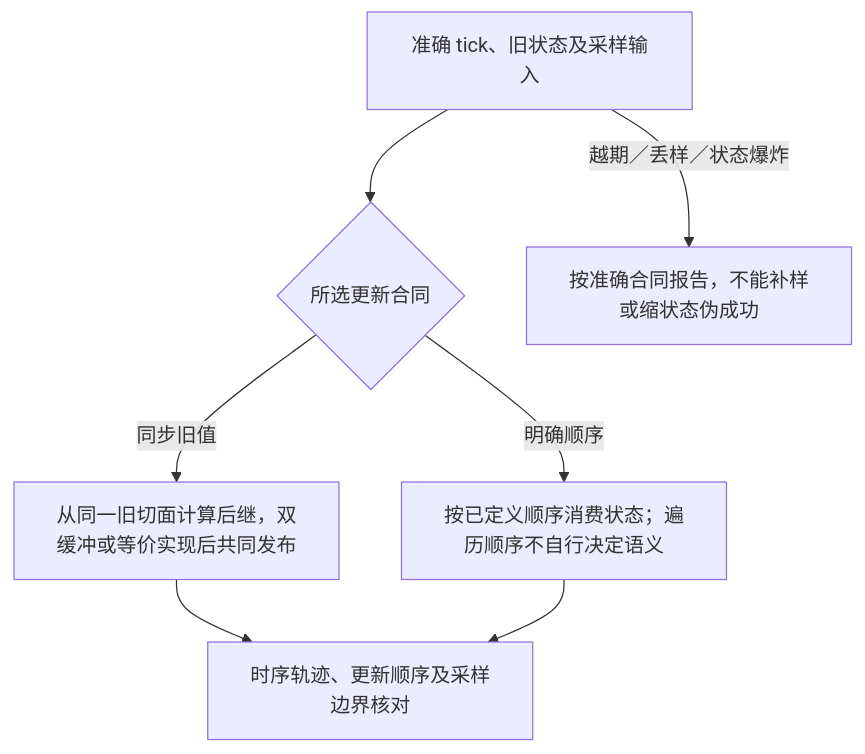
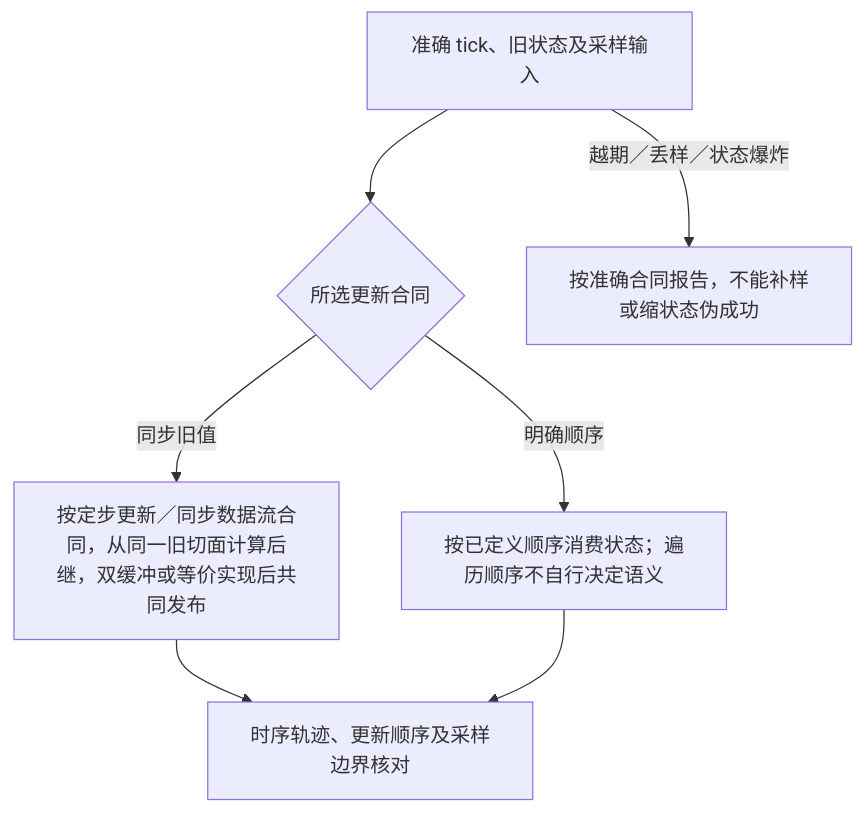
Before and after one commit to sec-platform/sec: diagram 11 of 26 in docs/领域/仿真/模型族与适用边界.md, drawn with Mermaid. The commit also changed other lines of this file and 122 other files, not shown here.

First line of the commit message:
docs: unify system diagrams and remove redundant design text (#882)

````diff
--- a/docs/领域/仿真/模型族与适用边界.md
+++ b/docs/领域/仿真/模型族与适用边界.md
@@ -211,9 +130,9 @@
 ```mermaid
 flowchart TB
   tick["准确 tick、旧状态及采样输入"] --> mode{"所选更新合同"}
-  mode -->|同步旧值| next["从同一旧切面计算后继，双缓冲或等价实现后共同发布"]
+  mode -->|同步旧值| next["按定步更新／同步数据流合同，从同一旧切面计算后继，双缓冲或等价实现后共同发布"]
   mode -->|明确顺序| ordered["按已定义顺序消费状态；遍历顺序不自行决定语义"]
   next --> verify["时序轨迹、更新顺序及采样边界核对"]
   ordered --> verify
   tick -->|越期／丢样／状态爆炸| fail["按准确合同报告，不能补样或缩状态伪成功"]
 ```
````
